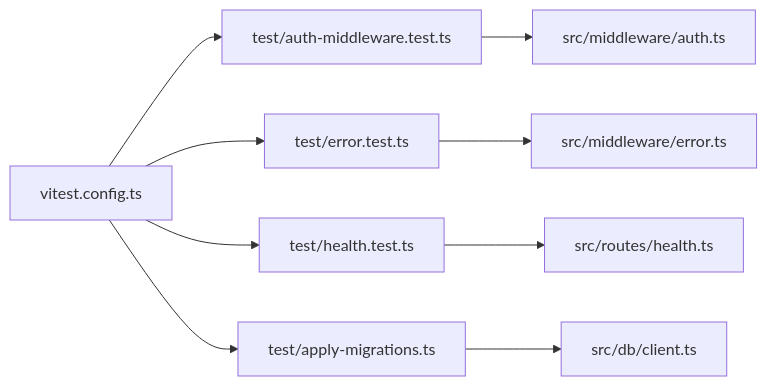
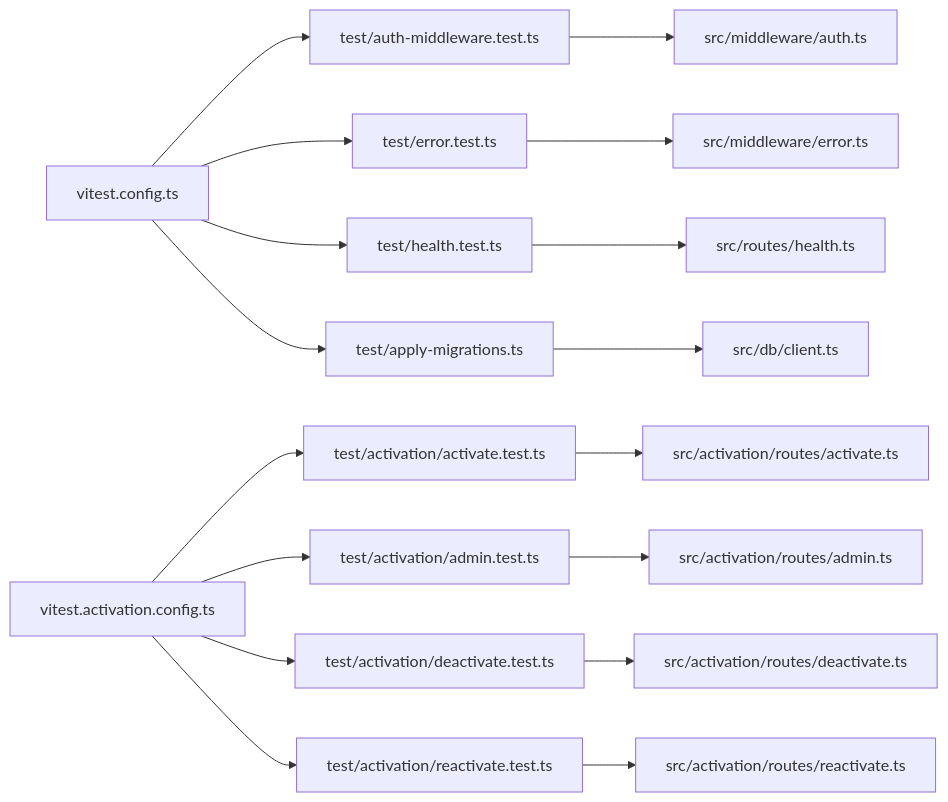
One commit to Mesililm-LLC/api.trackdub changed the eighth of 8 diagrams in .qoder/repowiki/en/content/Testing Guide/Testing Guide.md. Above: the diagram before and after it, drawn with Mermaid. The commit also changed other lines of this file and 37 other files, not shown here.

````diff
--- a/.qoder/repowiki/en/content/Testing Guide/Testing Guide.md
+++ b/.qoder/repowiki/en/content/Testing Guide/Testing Guide.md
@@ -318,11 +513,19 @@
 ```mermaid
 graph LR
 TMW["test/auth-middleware.test.ts"] --> MW["src/middleware/auth.ts"]
 TER["test/error.test.ts"] --> ME["src/middleware/error.ts"]
 THL["test/health.test.ts"] --> RH["src/routes/health.ts"]
 TDB["test/apply-migrations.ts"] --> DC["src/db/client.ts"]
+TACT["test/activation/activate.test.ts"] --> AR["src/activation/routes/activate.ts"]
+TADM["test/activation/admin.test.ts"] --> AMR["src/activation/routes/admin.ts"]
+TDEACT["test/activation/deactivate.test.ts"] --> DR["src/activation/routes/deactivate.ts"]
+TREACT["test/activation/reactivate.test.ts"] --> RRR["src/activation/routes/reactivate.ts"]
 CFG["vitest.config.ts"] --> TMW
 CFG --> TER
 CFG --> THL
 CFG --> TDB
+ACFG["vitest.activation.config.ts"] --> TACT
+ACFG --> TADM
+ACFG --> TDEACT
+ACFG --> TREACT
 ```
````
